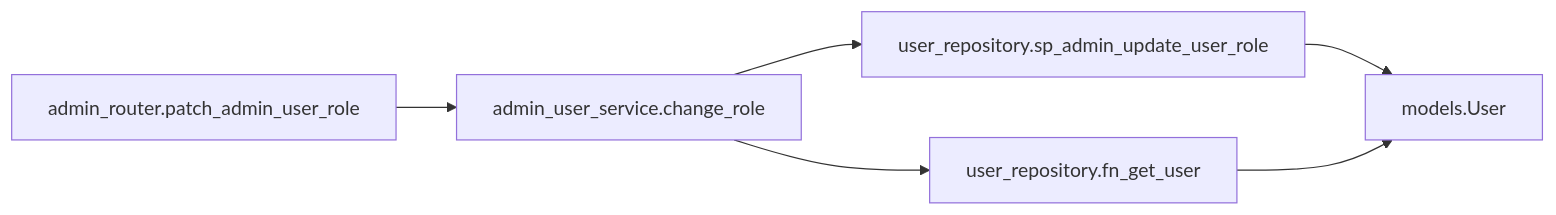
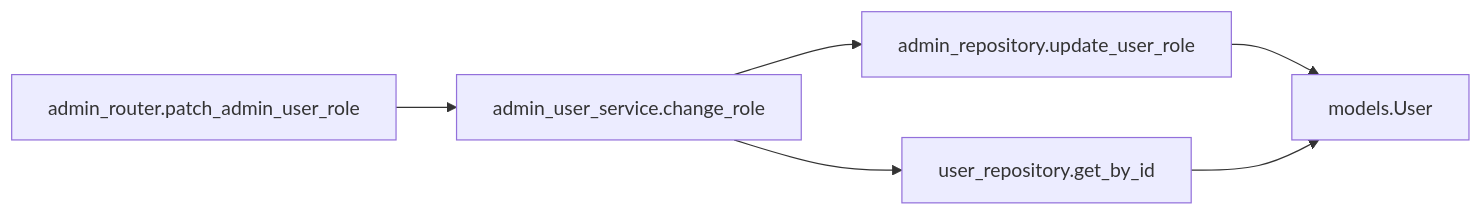
Before and after one commit to oikawa-d/task_management: the third of 4 diagrams in docs/detailed_design/api/admin/02_patch_admin_user_role.md, drawn with Mermaid. The commit also changed other lines of this file and 28 other files, not shown here.

````diff
--- a/docs/detailed_design/api/admin/02_patch_admin_user_role.md
+++ b/docs/detailed_design/api/admin/02_patch_admin_user_role.md
@@ -208,8 +196,8 @@
 ```mermaid
 flowchart LR
     R["admin_router.patch_admin_user_role"] --> S["admin_user_service.change_role"]
-    S --> RP1["user_repository.sp_admin_update_user_role"]
-    S --> RP2["user_repository.fn_get_user"]
+    S --> RP1["admin_repository.update_user_role"]
+    S --> RP2["user_repository.get_by_id"]
     RP1 --> M["models.User"]
     RP2 --> M
 ```
````
